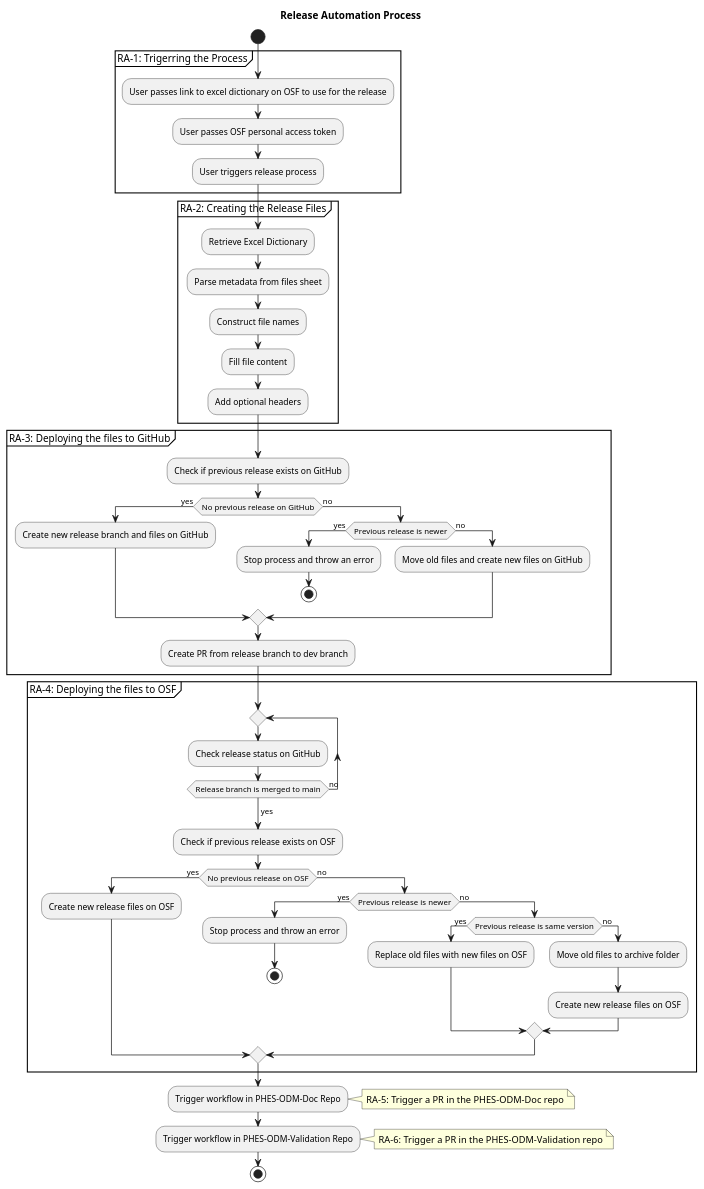
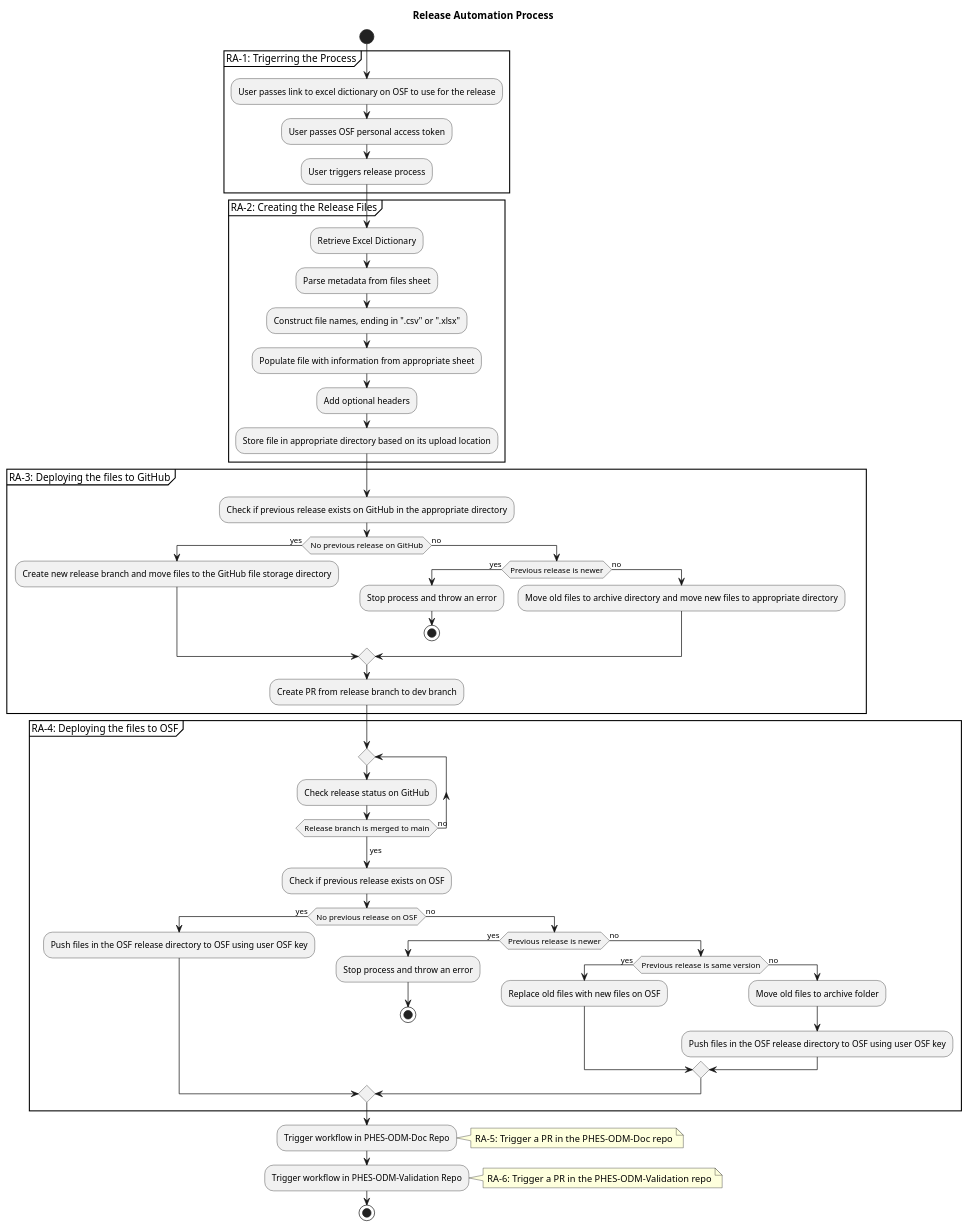
One commit to Big-Life-Lab/PHES-ODM changed the diagram in specs/release-automation/flow-for-automation.puml. Above: the diagram before and after it, drawn with PlantUML.

Commit message:
[Feature] Updated flow diagram

```diff
--- a/specs/release-automation/flow-for-automation.puml
+++ b/specs/release-automation/flow-for-automation.puml
@@ -1,68 +1,65 @@
 @startuml
 title Release Automation Process
 
 start
 group RA-1: Trigerring the Process
     :User passes link to excel dictionary on OSF to use for the release;
     :User passes OSF personal access token;
     :User triggers release process;
 end group
 
 group RA-2: Creating the Release Files
     :Retrieve Excel Dictionary;
-
     :Parse metadata from files sheet;
-
-    :Construct file names;
-
-    :Fill file content;
-
+    :Construct file names, ending in ".csv" or ".xlsx";
+    :Populate file with information from appropriate sheet;
     :Add optional headers;
+    :Store file in appropriate directory based on its upload location;
 end group
 
 group RA-3: Deploying the files to GitHub
-    :Check if previous release exists on GitHub;
+    :Check if previous release exists on GitHub in the appropriate directory;
 
     if (No previous release on GitHub) then (yes)
-        :Create new release branch and files on GitHub;
+        :Create new release branch and move files to the GitHub file storage directory;
     else (no)
         if (Previous release is newer) then (yes)
             :Stop process and throw an error;
             stop
         else (no)
-            :Move old files and create new files on GitHub;
+            :Move old files to archive directory and move new files to appropriate directory;
         endif
     endif
     :Create PR from release branch to dev branch;
 end group
 group RA-4: Deploying the files to OSF
     repeat
         :Check release status on GitHub;
     repeat while(Release branch is merged to main) is (no)
         ->yes;
     :Check if previous release exists on OSF;
 
     if (No previous release on OSF) then (yes)
-        :Create new release files on OSF;
+        :Push files in the OSF release directory to OSF using user OSF key;
     else (no)
         if (Previous release is newer) then (yes)
             :Stop process and throw an error;
             stop
         else (no)
             if (Previous release is same version) then (yes)
                 :Replace old files with new files on OSF;
             else (no)
                 :Move old files to archive folder;
-                :Create new release files on OSF;
+                :Push files in the OSF release directory to OSF using user OSF key;
             endif
         endif
     endif
 end group
 
 :Trigger workflow in PHES-ODM-Doc Repo;
 note right: RA-5: Trigger a PR in the PHES-ODM-Doc repo
 
 :Trigger workflow in PHES-ODM-Validation Repo;
 note right: RA-6: Trigger a PR in the PHES-ODM-Validation repo
 stop
 @enduml
```
